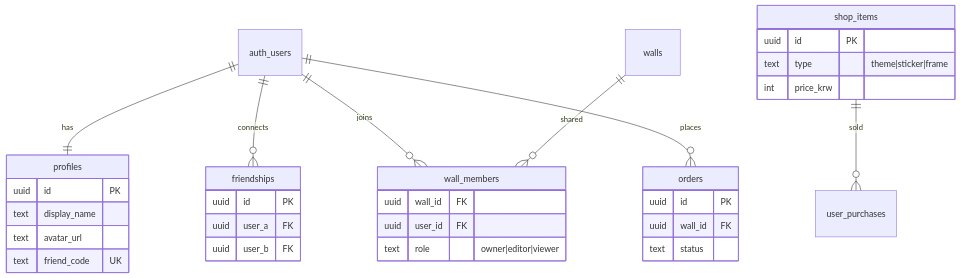
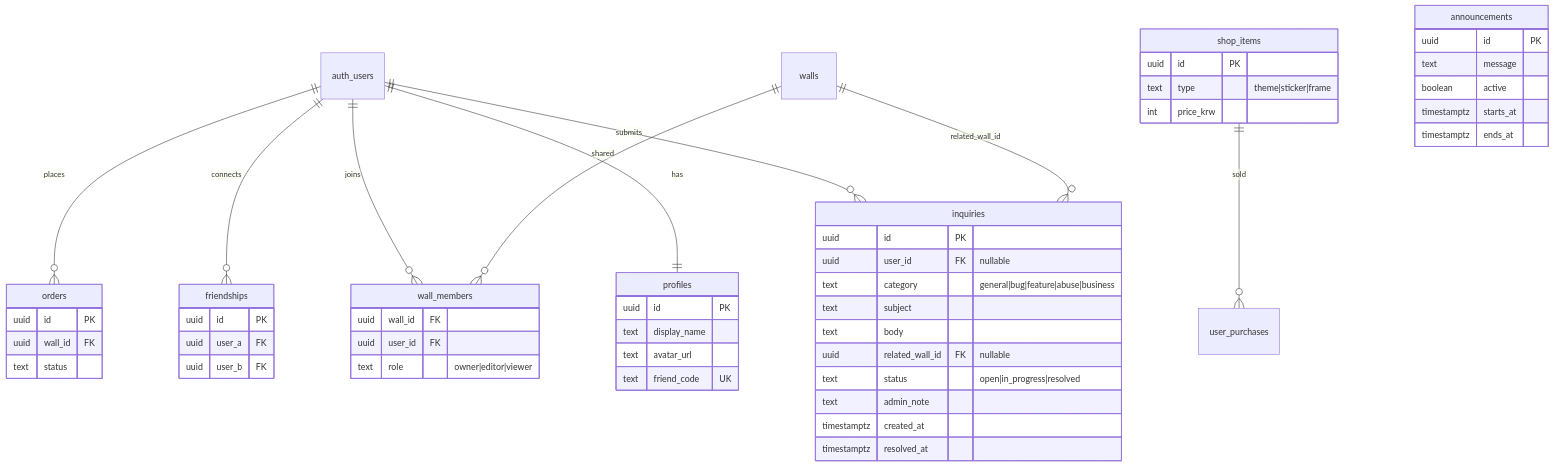
The second of 2 diagrams in PROJECT.md (KeunwooKim/PhotoWall), drawn with Mermaid before and after one commit. The commit also changed other lines of this file and 37 other files, not shown here.

````diff
--- a/PROJECT.md
+++ b/PROJECT.md
@@ -310,40 +471,63 @@
 ```mermaid
 erDiagram
+    auth_users ||--o{ inquiries : submits
+    walls ||--o{ inquiries : "related_wall_id"
     auth_users ||--|| profiles : has
     auth_users ||--o{ friendships : connects
     auth_users ||--o{ wall_members : joins
     walls ||--o{ wall_members : shared
     shop_items ||--o{ user_purchases : sold
     auth_users ||--o{ orders : places
 
     profiles {
         uuid id PK
         text display_name
         text avatar_url
         text friend_code UK
     }
 
     friendships {
         uuid id PK
         uuid user_a FK
         uuid user_b FK
     }
 
     wall_members {
         uuid wall_id FK
         uuid user_id FK
         text role "owner|editor|viewer"
     }
 
     shop_items {
         uuid id PK
         text type "theme|sticker|frame"
         int price_krw
     }
 
     orders {
         uuid id PK
         uuid wall_id FK
         text status
     }
+
+    inquiries {
+        uuid id PK
+        uuid user_id FK "nullable"
+        text category "general|bug|feature|abuse|business"
+        text subject
+        text body
+        uuid related_wall_id FK "nullable"
+        text status "open|in_progress|resolved"
+        text admin_note
+        timestamptz created_at
+        timestamptz resolved_at
+    }
+
+    announcements {
+        uuid id PK
+        text message
+        boolean active
+        timestamptz starts_at
+        timestamptz ends_at
+    }
 ```
````
